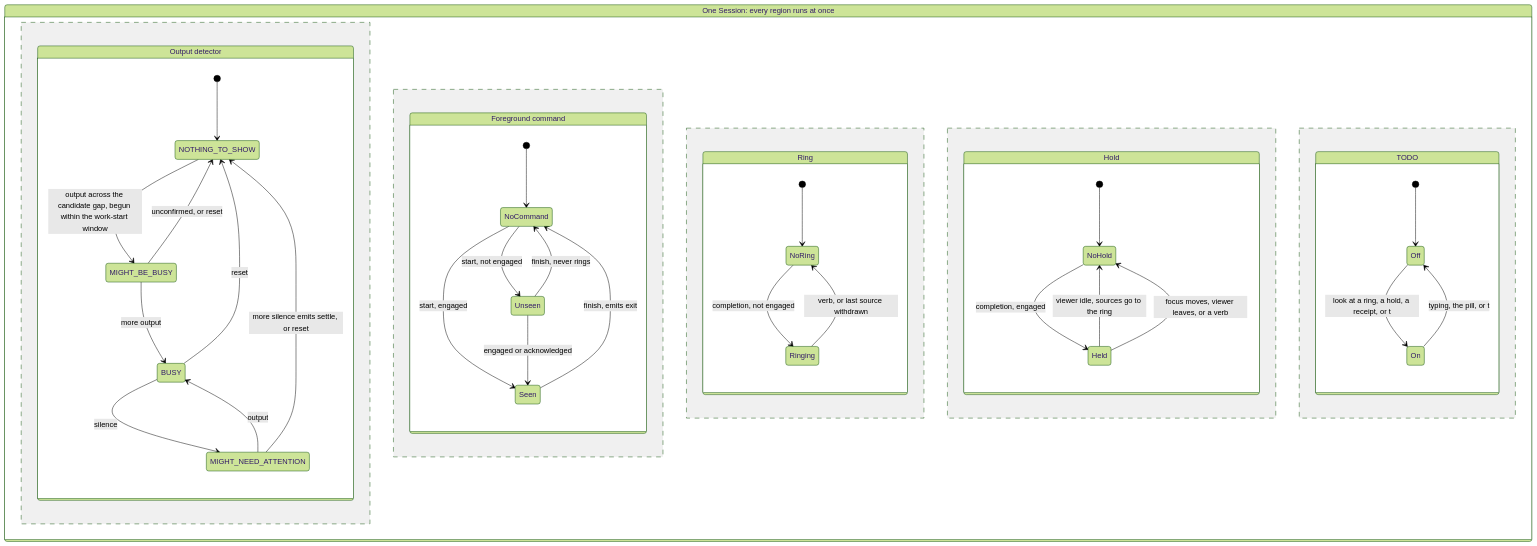
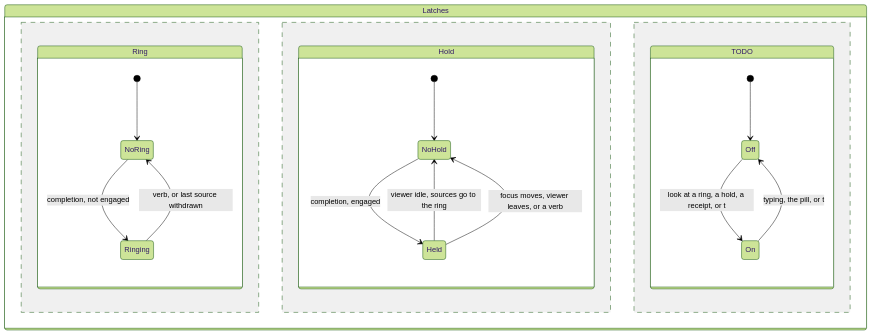
Before and after one commit to diffplug/dormouse: the fourth of 5 diagrams in docs/specs/alert.md, drawn with Mermaid (forest theme). The commit also changed other lines of this file, not shown here.

Commit message:
Stack the Completion events state diagrams vertically

````diff
--- a/docs/specs/alert.md
+++ b/docs/specs/alert.md
@@ -106,43 +134,23 @@
 ```mermaid
 stateDiagram-v2
-  state "One Session: every region runs at once" as Session {
-    state "Output detector" as Detector {
-      [*] --> NOTHING_TO_SHOW
-      NOTHING_TO_SHOW --> MIGHT_BE_BUSY: output across the candidate gap, begun within the work-start window
-      MIGHT_BE_BUSY --> NOTHING_TO_SHOW: unconfirmed, or reset
-      MIGHT_BE_BUSY --> BUSY: more output
-      BUSY --> MIGHT_NEED_ATTENTION: silence
-      MIGHT_NEED_ATTENTION --> BUSY: output
-      MIGHT_NEED_ATTENTION --> NOTHING_TO_SHOW: more silence emits settle, or reset
-      BUSY --> NOTHING_TO_SHOW: reset
-    }
-    --
-    state "Foreground command" as Command {
-      [*] --> NoCommand
-      NoCommand --> Unseen: start, not engaged
-      NoCommand --> Seen: start, engaged
-      Unseen --> Seen: engaged or acknowledged
-      Unseen --> NoCommand: finish, never rings
-      Seen --> NoCommand: finish, emits exit
-    }
-    --
+  state "Latches" as Latches {
     state "Ring" as Ring {
       [*] --> NoRing
       NoRing --> Ringing: completion, not engaged
       Ringing --> NoRing: verb, or last source withdrawn
     }
     --
     state "Hold" as Hold {
       [*] --> NoHold
       NoHold --> Held: completion, engaged
       Held --> NoHold: viewer idle, sources go to the ring
       Held --> NoHold: focus moves, viewer leaves, or a verb
     }
     --
     state "TODO" as Todo {
       [*] --> Off
       Off --> On: look at a ring, a hold, a receipt, or t
       On --> Off: typing, the pill, or t
     }
   }
 ```
````
